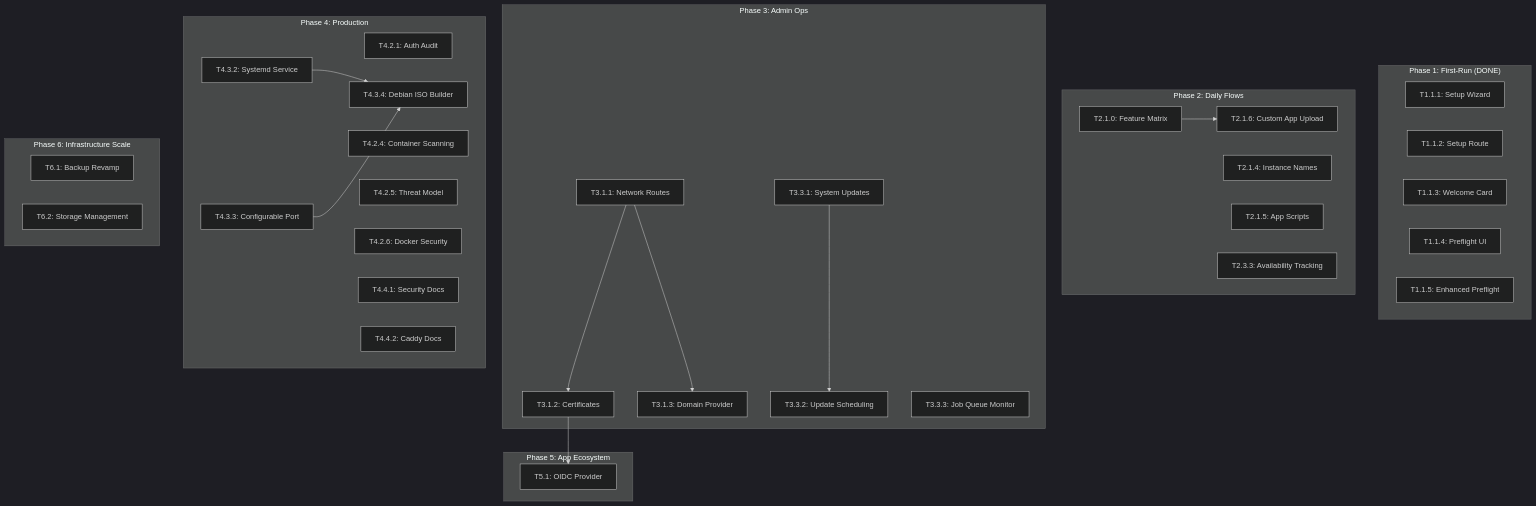
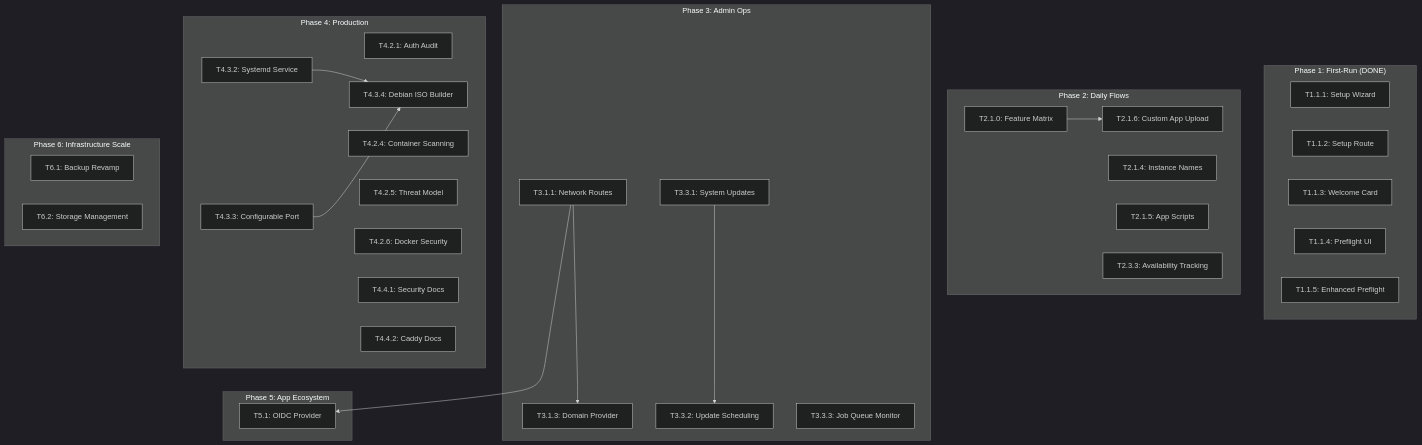
One commit to LibreLoom/LibreServ changed the diagram in ROADMAP.md. Above: the diagram before and after it, drawn with Mermaid (dark theme). The commit also changed other lines of this file, not shown here.

Commit message:
Roadmap verification: update task statuses based on codebase review

````diff
--- a/ROADMAP.md
+++ b/ROADMAP.md
@@ -804,56 +761,54 @@
 ```mermaid
 flowchart TB
     subgraph P1["Phase 1: First-Run (DONE)"]
         T111[T1.1.1: Setup Wizard]
         T112[T1.1.2: Setup Route]
         T113[T1.1.3: Welcome Card]
         T114[T1.1.4: Preflight UI]
         T115[T1.1.5: Enhanced Preflight]
     end
 
     subgraph P2["Phase 2: Daily Flows"]
         T210[T2.1.0: Feature Matrix]
         T214[T2.1.4: Instance Names]
         T215[T2.1.5: App Scripts]
         T216[T2.1.6: Custom App Upload]
         T233[T2.3.3: Availability Tracking]
     end
 
     subgraph P3["Phase 3: Admin Ops"]
         T311[T3.1.1: Network Routes]
-        T312[T3.1.2: Certificates]
         T313[T3.1.3: Domain Provider]
         T331[T3.3.1: System Updates]
         T332[T3.3.2: Update Scheduling]
         T333[T3.3.3: Job Queue Monitor]
     end
 
     subgraph P4["Phase 4: Production"]
         T421[T4.2.1: Auth Audit]
         T424[T4.2.4: Container Scanning]
         T425[T4.2.5: Threat Model]
         T426[T4.2.6: Docker Security]
         T432[T4.3.2: Systemd Service]
         T433[T4.3.3: Configurable Port]
         T434[T4.3.4: Debian ISO Builder]
         T441[T4.4.1: Security Docs]
         T442[T4.4.2: Caddy Docs]
     end
 
     subgraph P5["Phase 5: App Ecosystem"]
         T51[T5.1: OIDC Provider]
     end
 
     subgraph P6["Phase 6: Infrastructure Scale"]
         T61[T6.1: Backup Revamp]
         T62[T6.2: Storage Management]
     end
 
     T210 --> T216
-    T311 --> T312
     T311 --> T313
-    T312 --> T51
+    T311 --> T51
     T331 --> T332
     T432 --> T434
     T433 --> T434
 ```
````
